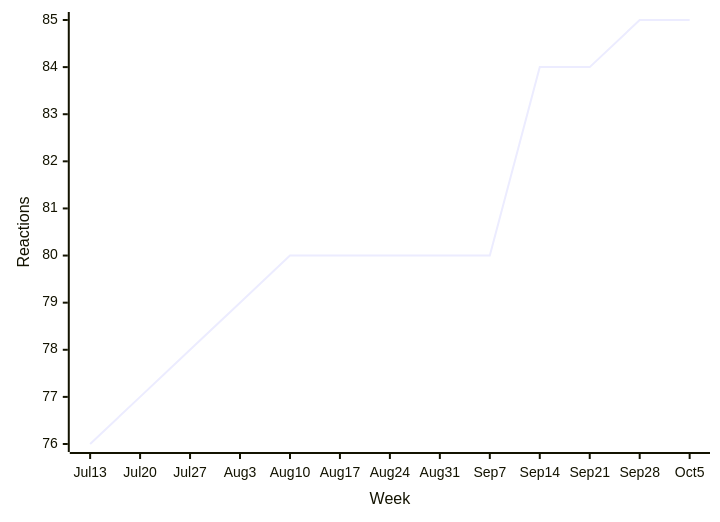
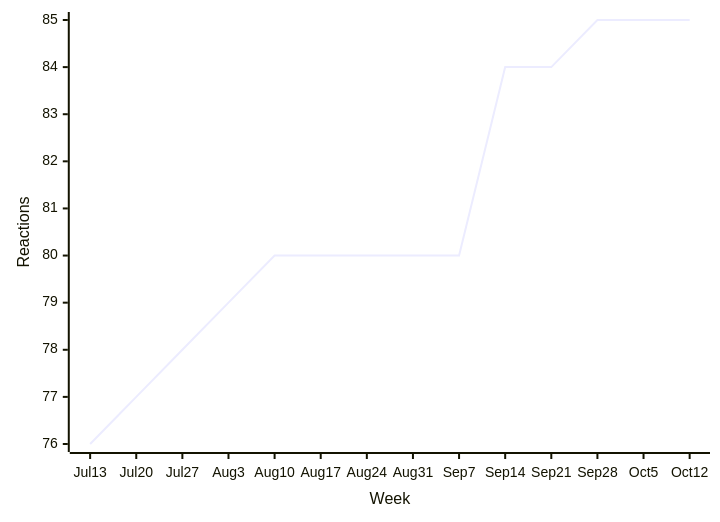
One commit to loic-sharma/github-insights changed diagram 13 of 35 in README.md. Above: the diagram before and after it, drawn with Mermaid. The commit also changed other lines of this file and 3 other files, not shown here.

````diff
--- a/README.md
+++ b/README.md
@@ -528,6 +528,6 @@
   ```mermaid
   xychart-beta
-    x-axis "Week" [Jul 13, Jul 20, Jul 27, Aug 3, Aug 10, Aug 17, Aug 24, Aug 31, Sep 7, Sep 14, Sep 21, Sep 28, Oct 5]
+    x-axis "Week" [Jul 13, Jul 20, Jul 27, Aug 3, Aug 10, Aug 17, Aug 24, Aug 31, Sep 7, Sep 14, Sep 21, Sep 28, Oct 5, Oct 12]
     y-axis "Reactions"
-    line [76, 77, 78, 79, 80, 80, 80, 80, 80, 84, 84, 85, 85]
+    line [76, 77, 78, 79, 80, 80, 80, 80, 80, 84, 84, 85, 85, 85]
   ```
````
